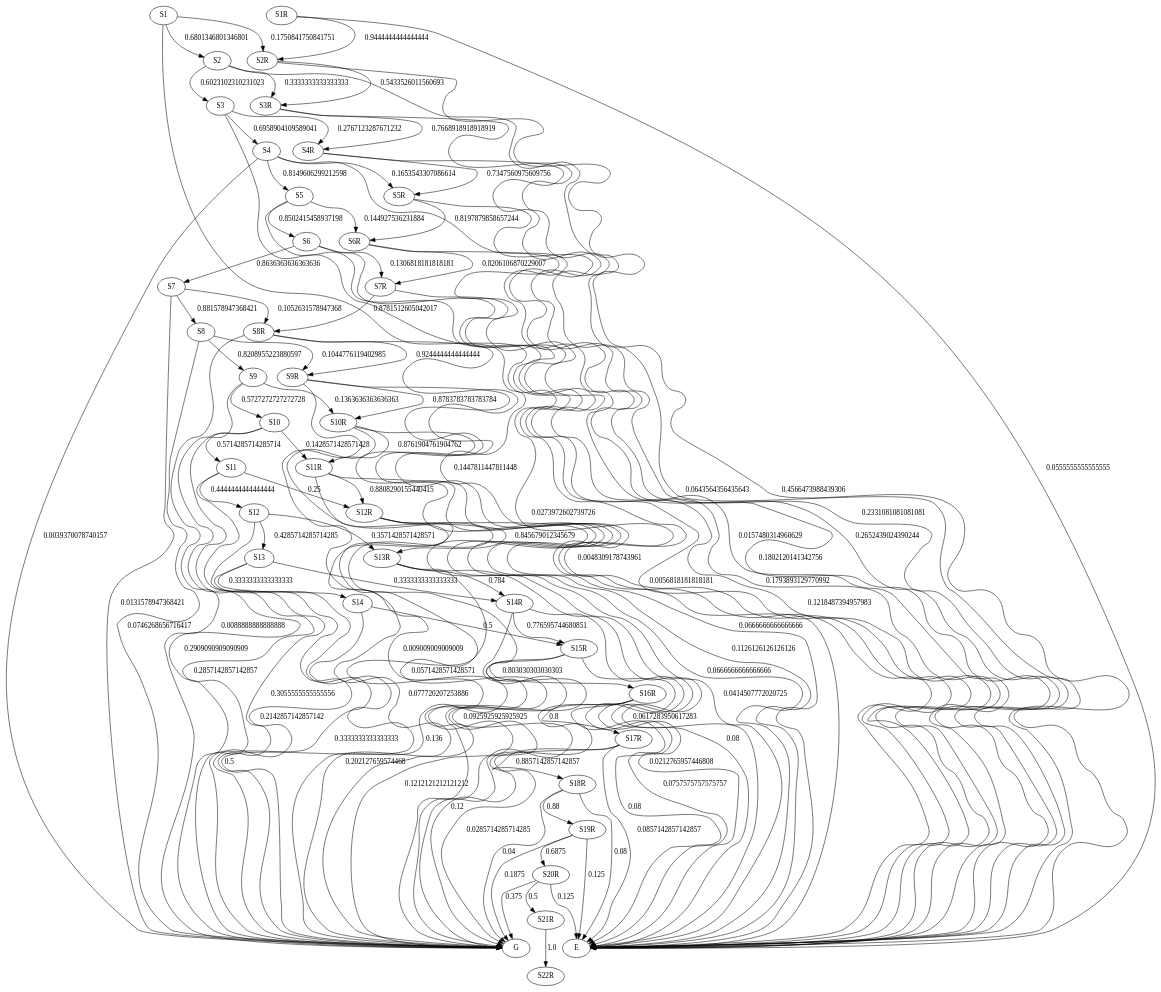
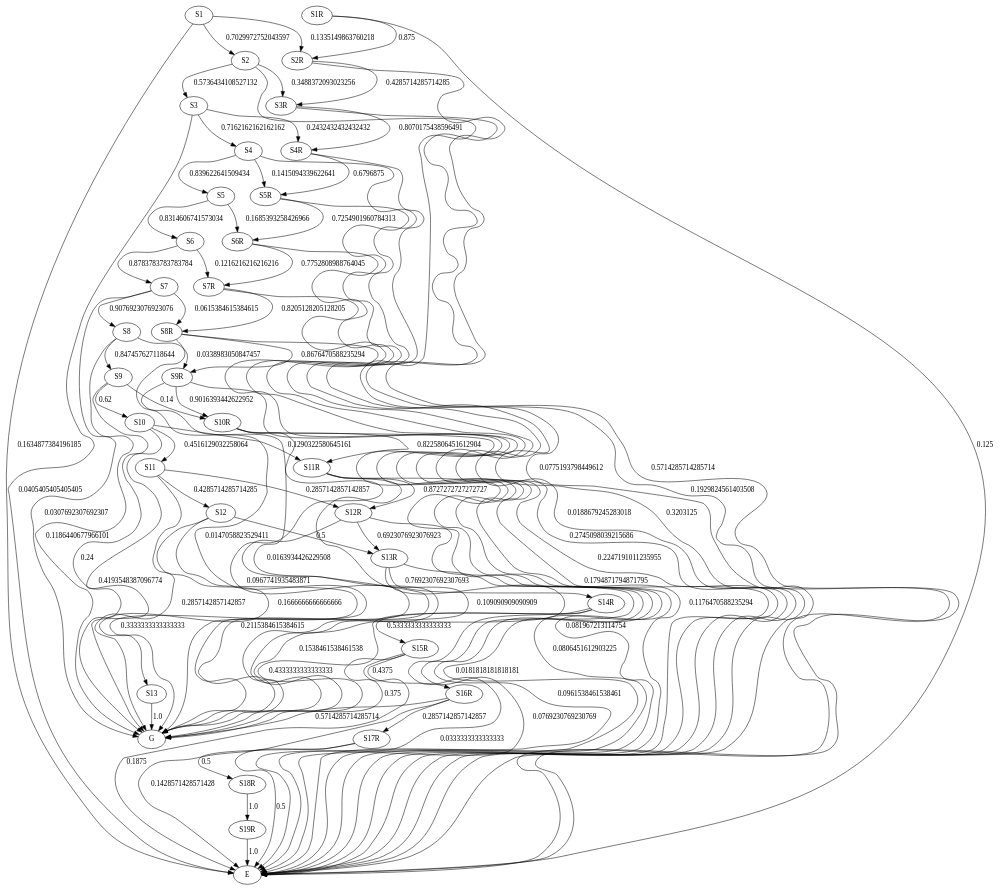
The diagram in graph/markov.dot (JulianaFerreira/educacao), drawn with Graphviz before and after one commit. The commit also changed 4 other files, not shown here.

```diff
--- a/graph/markov.dot
+++ b/graph/markov.dot
@@ -1,136 +1,116 @@
 digraph  {
 S1;
 S2;
 S3;
 S4;
 S5;
 S6;
 S7;
 S8;
 S9;
 S10;
 S11;
 S12;
 S13;
-S14;
 S2R;
 S1R;
 S3R;
 S4R;
 S5R;
 S6R;
 S7R;
 S8R;
 S9R;
 S10R;
 S11R;
 S12R;
 S13R;
 S14R;
 S15R;
 S16R;
 S17R;
 S18R;
 S19R;
-S20R;
-S21R;
-S22R;
 E;
 G;
-S1 -> S2  [key=0, label="0.6801346801346801", weight="0.6801346801346801"];
-S1 -> S2R  [key=0, label="0.1750841750841751", weight="0.1750841750841751"];
-S1 -> E  [key=0, label="0.1447811447811448", weight="0.1447811447811448"];
-S2 -> S3  [key=0, label="0.6023102310231023", weight="0.6023102310231023"];
-S2 -> S3R  [key=0, label="0.3333333333333333", weight="0.3333333333333333"];
-S2 -> E  [key=0, label="0.0643564356435643", weight="0.0643564356435643"];
-S3 -> S4  [key=0, label="0.6958904109589041", weight="0.6958904109589041"];
-S3 -> S4R  [key=0, label="0.2767123287671232", weight="0.2767123287671232"];
-S3 -> E  [key=0, label="0.0273972602739726", weight="0.0273972602739726"];
-S4 -> S5  [key=0, label="0.8149606299212598", weight="0.8149606299212598"];
-S4 -> S5R  [key=0, label="0.1653543307086614", weight="0.1653543307086614"];
-S4 -> E  [key=0, label="0.0157480314960629", weight="0.0157480314960629"];
-S4 -> G  [key=0, label="0.0039370078740157", weight="0.0039370078740157"];
-S5 -> S6  [key=0, label="0.8502415458937198", weight="0.8502415458937198"];
-S5 -> S6R  [key=0, label="0.144927536231884", weight="0.144927536231884"];
-S5 -> E  [key=0, label="0.0048309178743961", weight="0.0048309178743961"];
-S6 -> S7  [key=0, label="0.8636363636363636", weight="0.8636363636363636"];
-S6 -> S7R  [key=0, label="0.1306818181818181", weight="0.1306818181818181"];
-S6 -> E  [key=0, label="0.0056818181818181", weight="0.0056818181818181"];
-S7 -> S8  [key=0, label="0.881578947368421", weight="0.881578947368421"];
-S7 -> S8R  [key=0, label="0.1052631578947368", weight="0.1052631578947368"];
-S7 -> G  [key=0, label="0.0131578947368421", weight="0.0131578947368421"];
-S8 -> S9  [key=0, label="0.8208955223880597", weight="0.8208955223880597"];
-S8 -> S9R  [key=0, label="0.1044776119402985", weight="0.1044776119402985"];
-S8 -> G  [key=0, label="0.0746268656716417", weight="0.0746268656716417"];
-S9 -> S10  [key=0, label="0.5727272727272728", weight="0.5727272727272728"];
-S9 -> S10R  [key=0, label="0.1363636363636363", weight="0.1363636363636363"];
-S9 -> G  [key=0, label="0.2909090909090909", weight="0.2909090909090909"];
-S10 -> S11  [key=0, label="0.5714285714285714", weight="0.5714285714285714"];
-S10 -> S11R  [key=0, label="0.1428571428571428", weight="0.1428571428571428"];
-S10 -> G  [key=0, label="0.2857142857142857", weight="0.2857142857142857"];
-S11 -> S12  [key=0, label="0.4444444444444444", weight="0.4444444444444444"];
-S11 -> S12R  [key=0, label="0.25", weight="0.25"];
-S11 -> G  [key=0, label="0.3055555555555556", weight="0.3055555555555556"];
-S12 -> S13  [key=0, label="0.4285714285714285", weight="0.4285714285714285"];
-S12 -> S13R  [key=0, label="0.3571428571428571", weight="0.3571428571428571"];
-S12 -> G  [key=0, label="0.2142857142857142", weight="0.2142857142857142"];
-S13 -> S14  [key=0, label="0.3333333333333333", weight="0.3333333333333333"];
-S13 -> S14R  [key=0, label="0.3333333333333333", weight="0.3333333333333333"];
-S13 -> G  [key=0, label="0.3333333333333333", weight="0.3333333333333333"];
-S14 -> S15R  [key=0, label="0.5", weight="0.5"];
-S14 -> G  [key=0, label="0.5", weight="0.5"];
-S2R -> S3R  [key=0, label="0.5433526011560693", weight="0.5433526011560693"];
-S2R -> E  [key=0, label="0.4566473988439306", weight="0.4566473988439306"];
-S1R -> S2R  [key=0, label="0.9444444444444444", weight="0.9444444444444444"];
-S1R -> E  [key=0, label="0.0555555555555555", weight="0.0555555555555555"];
-S3R -> S4R  [key=0, label="0.7668918918918919", weight="0.7668918918918919"];
-S3R -> E  [key=0, label="0.2331081081081081", weight="0.2331081081081081"];
-S4R -> S5R  [key=0, label="0.7347560975609756", weight="0.7347560975609756"];
-S4R -> E  [key=0, label="0.2652439024390244", weight="0.2652439024390244"];
-S5R -> S6R  [key=0, label="0.8197879858657244", weight="0.8197879858657244"];
-S5R -> E  [key=0, label="0.1802120141342756", weight="0.1802120141342756"];
-S6R -> S7R  [key=0, label="0.8206106870229007", weight="0.8206106870229007"];
-S6R -> E  [key=0, label="0.1793893129770992", weight="0.1793893129770992"];
-S7R -> S8R  [key=0, label="0.8781512605042017", weight="0.8781512605042017"];
-S7R -> E  [key=0, label="0.1218487394957983", weight="0.1218487394957983"];
-S8R -> S9R  [key=0, label="0.9244444444444444", weight="0.9244444444444444"];
-S8R -> E  [key=0, label="0.0666666666666666", weight="0.0666666666666666"];
-S8R -> G  [key=0, label="0.0088888888888888", weight="0.0088888888888888"];
-S9R -> S10R  [key=0, label="0.8783783783783784", weight="0.8783783783783784"];
-S9R -> E  [key=0, label="0.1126126126126126", weight="0.1126126126126126"];
-S9R -> G  [key=0, label="0.009009009009009", weight="0.009009009009009"];
-S10R -> S11R  [key=0, label="0.8761904761904762", weight="0.8761904761904762"];
-S10R -> E  [key=0, label="0.0666666666666666", weight="0.0666666666666666"];
-S10R -> G  [key=0, label="0.0571428571428571", weight="0.0571428571428571"];
-S11R -> S12R  [key=0, label="0.8808290155440415", weight="0.8808290155440415"];
-S11R -> E  [key=0, label="0.0414507772020725", weight="0.0414507772020725"];
-S11R -> G  [key=0, label="0.077720207253886", weight="0.077720207253886"];
-S12R -> S13R  [key=0, label="0.845679012345679", weight="0.845679012345679"];
-S12R -> E  [key=0, label="0.0617283950617283", weight="0.0617283950617283"];
-S12R -> G  [key=0, label="0.0925925925925925", weight="0.0925925925925925"];
-S13R -> S14R  [key=0, label="0.784", weight="0.784"];
-S13R -> E  [key=0, label="0.08", weight="0.08"];
-S13R -> G  [key=0, label="0.136", weight="0.136"];
-S14R -> S15R  [key=0, label="0.776595744680851", weight="0.776595744680851"];
-S14R -> E  [key=0, label="0.0212765957446808", weight="0.0212765957446808"];
-S14R -> G  [key=0, label="0.202127659574468", weight="0.202127659574468"];
-S15R -> S16R  [key=0, label="0.803030303030303", weight="0.803030303030303"];
-S15R -> E  [key=0, label="0.0757575757575757", weight="0.0757575757575757"];
-S15R -> G  [key=0, label="0.1212121212121212", weight="0.1212121212121212"];
-S16R -> S17R  [key=0, label="0.8", weight="0.8"];
-S16R -> E  [key=0, label="0.08", weight="0.08"];
-S16R -> G  [key=0, label="0.12", weight="0.12"];
-S17R -> S18R  [key=0, label="0.8857142857142857", weight="0.8857142857142857"];
-S17R -> E  [key=0, label="0.0857142857142857", weight="0.0857142857142857"];
-S17R -> G  [key=0, label="0.0285714285714285", weight="0.0285714285714285"];
-S18R -> S19R  [key=0, label="0.88", weight="0.88"];
-S18R -> E  [key=0, label="0.08", weight="0.08"];
-S18R -> G  [key=0, label="0.04", weight="0.04"];
-S19R -> S20R  [key=0, label="0.6875", weight="0.6875"];
-S19R -> E  [key=0, label="0.125", weight="0.125"];
-S19R -> G  [key=0, label="0.1875", weight="0.1875"];
-S20R -> S21R  [key=0, label="0.5", weight="0.5"];
-S20R -> E  [key=0, label="0.125", weight="0.125"];
-S20R -> G  [key=0, label="0.375", weight="0.375"];
-S21R -> S22R  [key=0, label="1.0", weight="1.0"];
+S1 -> S2  [key=0, label="0.7029972752043597", weight="0.7029972752043597"];
+S1 -> S2R  [key=0, label="0.1335149863760218", weight="0.1335149863760218"];
+S1 -> E  [key=0, label="0.1634877384196185", weight="0.1634877384196185"];
+S2 -> S3  [key=0, label="0.5736434108527132", weight="0.5736434108527132"];
+S2 -> S3R  [key=0, label="0.3488372093023256", weight="0.3488372093023256"];
+S2 -> E  [key=0, label="0.0775193798449612", weight="0.0775193798449612"];
+S3 -> S4  [key=0, label="0.7162162162162162", weight="0.7162162162162162"];
+S3 -> S4R  [key=0, label="0.2432432432432432", weight="0.2432432432432432"];
+S3 -> E  [key=0, label="0.0405405405405405", weight="0.0405405405405405"];
+S4 -> S5  [key=0, label="0.839622641509434", weight="0.839622641509434"];
+S4 -> S5R  [key=0, label="0.1415094339622641", weight="0.1415094339622641"];
+S4 -> E  [key=0, label="0.0188679245283018", weight="0.0188679245283018"];
+S5 -> S6  [key=0, label="0.8314606741573034", weight="0.8314606741573034"];
+S5 -> S6R  [key=0, label="0.1685393258426966", weight="0.1685393258426966"];
+S6 -> S7  [key=0, label="0.8783783783783784", weight="0.8783783783783784"];
+S6 -> S7R  [key=0, label="0.1216216216216216", weight="0.1216216216216216"];
+S7 -> S8  [key=0, label="0.9076923076923076", weight="0.9076923076923076"];
+S7 -> S8R  [key=0, label="0.0615384615384615", weight="0.0615384615384615"];
+S7 -> G  [key=0, label="0.0307692307692307", weight="0.0307692307692307"];
+S8 -> S9  [key=0, label="0.847457627118644", weight="0.847457627118644"];
+S8 -> S9R  [key=0, label="0.0338983050847457", weight="0.0338983050847457"];
+S8 -> G  [key=0, label="0.1186440677966101", weight="0.1186440677966101"];
+S9 -> S10  [key=0, label="0.62", weight="0.62"];
+S9 -> S10R  [key=0, label="0.14", weight="0.14"];
+S9 -> G  [key=0, label="0.24", weight="0.24"];
+S10 -> S11  [key=0, label="0.4516129032258064", weight="0.4516129032258064"];
+S10 -> S11R  [key=0, label="0.1290322580645161", weight="0.1290322580645161"];
+S10 -> G  [key=0, label="0.4193548387096774", weight="0.4193548387096774"];
+S11 -> S12  [key=0, label="0.4285714285714285", weight="0.4285714285714285"];
+S11 -> S12R  [key=0, label="0.2857142857142857", weight="0.2857142857142857"];
+S11 -> G  [key=0, label="0.2857142857142857", weight="0.2857142857142857"];
+S12 -> S13  [key=0, label="0.1666666666666666", weight="0.1666666666666666"];
+S12 -> S13R  [key=0, label="0.5", weight="0.5"];
+S12 -> G  [key=0, label="0.3333333333333333", weight="0.3333333333333333"];
+S13 -> G  [key=0, label="1.0", weight="1.0"];
+S2R -> S3R  [key=0, label="0.4285714285714285", weight="0.4285714285714285"];
+S2R -> E  [key=0, label="0.5714285714285714", weight="0.5714285714285714"];
+S1R -> S2R  [key=0, label="0.875", weight="0.875"];
+S1R -> E  [key=0, label="0.125", weight="0.125"];
+S3R -> S4R  [key=0, label="0.8070175438596491", weight="0.8070175438596491"];
+S3R -> E  [key=0, label="0.1929824561403508", weight="0.1929824561403508"];
+S4R -> S5R  [key=0, label="0.6796875", weight="0.6796875"];
+S4R -> E  [key=0, label="0.3203125", weight="0.3203125"];
+S5R -> S6R  [key=0, label="0.7254901960784313", weight="0.7254901960784313"];
+S5R -> E  [key=0, label="0.2745098039215686", weight="0.2745098039215686"];
+S6R -> S7R  [key=0, label="0.7752808988764045", weight="0.7752808988764045"];
+S6R -> E  [key=0, label="0.2247191011235955", weight="0.2247191011235955"];
+S7R -> S8R  [key=0, label="0.8205128205128205", weight="0.8205128205128205"];
+S7R -> E  [key=0, label="0.1794871794871795", weight="0.1794871794871795"];
+S8R -> S9R  [key=0, label="0.8676470588235294", weight="0.8676470588235294"];
+S8R -> E  [key=0, label="0.1176470588235294", weight="0.1176470588235294"];
+S8R -> G  [key=0, label="0.0147058823529411", weight="0.0147058823529411"];
+S9R -> S10R  [key=0, label="0.9016393442622952", weight="0.9016393442622952"];
+S9R -> E  [key=0, label="0.081967213114754", weight="0.081967213114754"];
+S9R -> G  [key=0, label="0.0163934426229508", weight="0.0163934426229508"];
+S10R -> S11R  [key=0, label="0.8225806451612904", weight="0.8225806451612904"];
+S10R -> E  [key=0, label="0.0806451612903225", weight="0.0806451612903225"];
+S10R -> G  [key=0, label="0.0967741935483871", weight="0.0967741935483871"];
+S11R -> S12R  [key=0, label="0.8727272727272727", weight="0.8727272727272727"];
+S11R -> E  [key=0, label="0.0181818181818181", weight="0.0181818181818181"];
+S11R -> G  [key=0, label="0.109090909090909", weight="0.109090909090909"];
+S12R -> S13R  [key=0, label="0.6923076923076923", weight="0.6923076923076923"];
+S12R -> E  [key=0, label="0.0961538461538461", weight="0.0961538461538461"];
+S12R -> G  [key=0, label="0.2115384615384615", weight="0.2115384615384615"];
+S13R -> S14R  [key=0, label="0.7692307692307693", weight="0.7692307692307693"];
+S13R -> E  [key=0, label="0.0769230769230769", weight="0.0769230769230769"];
+S13R -> G  [key=0, label="0.1538461538461538", weight="0.1538461538461538"];
+S14R -> S15R  [key=0, label="0.5333333333333333", weight="0.5333333333333333"];
+S14R -> E  [key=0, label="0.0333333333333333", weight="0.0333333333333333"];
+S14R -> G  [key=0, label="0.4333333333333333", weight="0.4333333333333333"];
+S15R -> S16R  [key=0, label="0.4375", weight="0.4375"];
+S15R -> E  [key=0, label="0.1875", weight="0.1875"];
+S15R -> G  [key=0, label="0.375", weight="0.375"];
+S16R -> S17R  [key=0, label="0.2857142857142857", weight="0.2857142857142857"];
+S16R -> E  [key=0, label="0.1428571428571428", weight="0.1428571428571428"];
+S16R -> G  [key=0, label="0.5714285714285714", weight="0.5714285714285714"];
+S17R -> S18R  [key=0, label="0.5", weight="0.5"];
+S17R -> E  [key=0, label="0.5", weight="0.5"];
+S18R -> S19R  [key=0, label="1.0", weight="1.0"];
+S19R -> E  [key=0, label="1.0", weight="1.0"];
 }
```
